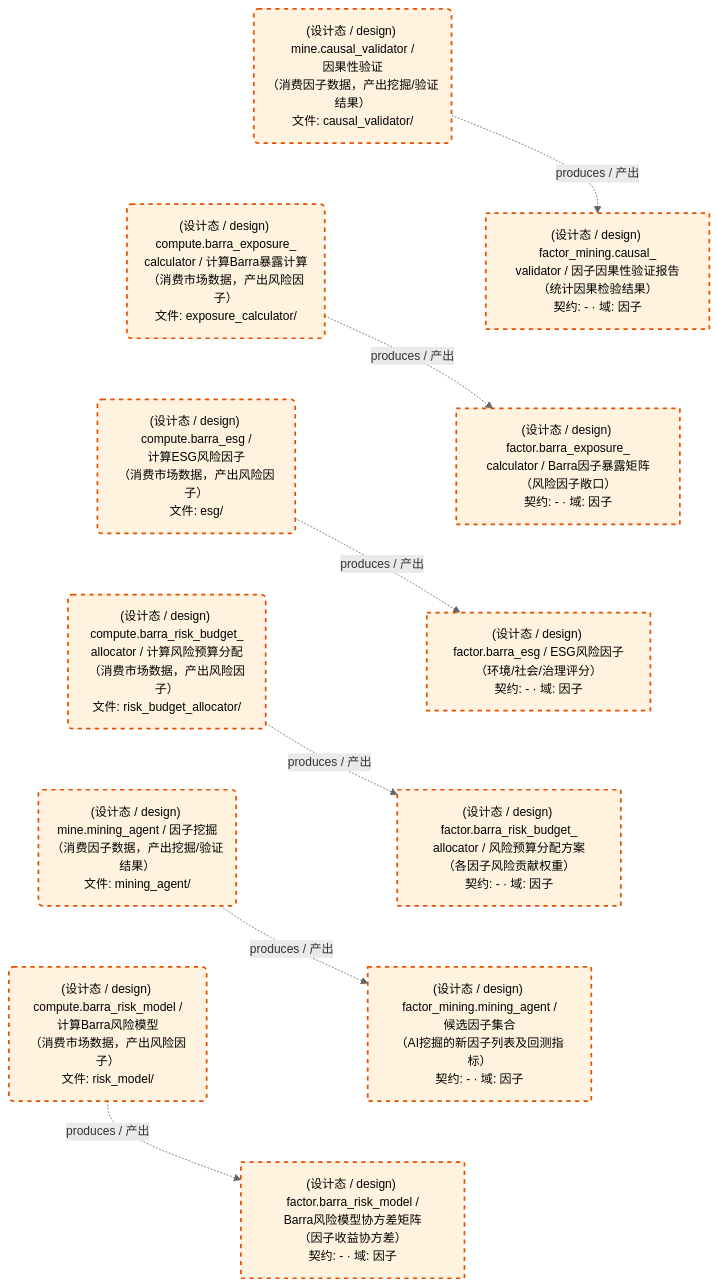
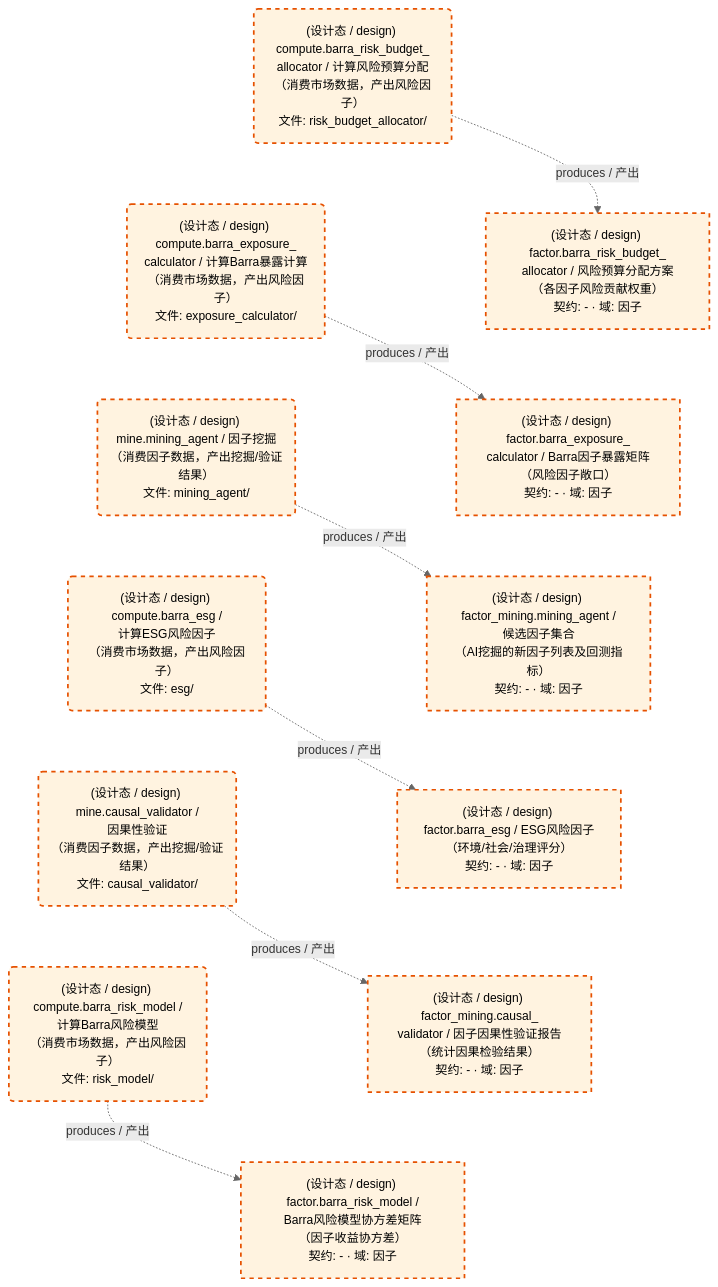
The first of 2 diagrams in docs/02_enterprise_architecture/05_dataflow_architecture/d_factor_barra_mine.md (xuanFelixVan/ZephyrAlpha), drawn with Mermaid before and after one commit. The commit also changed other lines of this file and 173 other files, not shown here.

````diff
--- a/docs/02_enterprise_architecture/05_dataflow_architecture/d_factor_barra_mine.md
+++ b/docs/02_enterprise_architecture/05_dataflow_architecture/d_factor_barra_mine.md
@@ -49,37 +49,37 @@
 ```mermaid
 %%{init: {'theme': 'base', 'themeVariables': {'primaryColor': '#eaeaea', 'primaryTextColor': '#333333', 'primaryBorderColor': '#666666', 'lineColor': '#666666', 'secondaryColor': '#eaeaea', 'tertiaryColor': '#eaeaea', 'clusterBkg': 'transparent', 'clusterBorder': 'transparent', 'fontSize': '14px'}}}%%
 flowchart TD
     DS11239["(设计态 / design) factor.barra_esg / ESG风险因子<br/>（环境/社会/治理评分）<br/>契约: - · 域: 因子"]
     DS11240["(设计态 / design) factor.barra_exposure_<br/>calculator / Barra因子暴露矩阵<br/>（风险因子敞口）<br/>契约: - · 域: 因子"]
     DS11241["(设计态 / design) factor.barra_risk_budget_<br/>allocator / 风险预算分配方案<br/>（各因子风险贡献权重）<br/>契约: - · 域: 因子"]
     DS11242["(设计态 / design) factor.barra_risk_model /<br/>Barra风险模型协方差矩阵<br/>（因子收益协方差）<br/>契约: - · 域: 因子"]
     DS11243["(设计态 / design) factor_mining.causal_<br/>validator / 因子因果性验证报告<br/>（统计因果检验结果）<br/>契约: - · 域: 因子"]
     DS11244["(设计态 / design) factor_mining.mining_agent /<br/>候选因子集合<br/>（AI挖掘的新因子列表及回测指标）<br/>契约: - · 域: 因子"]
     JOB757603("(设计态 / design) compute.barra_esg /<br/>计算ESG风险因子<br/>（消费市场数据，产出风险因子）<br/>文件: esg/")
     JOB757604("(设计态 / design) compute.barra_exposure_<br/>calculator / 计算Barra暴露计算<br/>（消费市场数据，产出风险因子）<br/>文件: exposure_calculator/")
     JOB757605("(设计态 / design) compute.barra_risk_budget_<br/>allocator / 计算风险预算分配<br/>（消费市场数据，产出风险因子）<br/>文件: risk_budget_allocator/")
     JOB757606("(设计态 / design) compute.barra_risk_model /<br/>计算Barra风险模型<br/>（消费市场数据，产出风险因子）<br/>文件: risk_model/")
     JOB757607("(设计态 / design) mine.causal_validator /<br/>因果性验证<br/>（消费因子数据，产出挖掘/验证结果）<br/>文件: causal_validator/")
     JOB757608("(设计态 / design) mine.mining_agent / 因子挖掘<br/>（消费因子数据，产出挖掘/验证结果）<br/>文件: mining_agent/")
     JOB757603 -.->|produces / 产出| DS11239
     JOB757604 -.->|produces / 产出| DS11240
     JOB757605 -.->|produces / 产出| DS11241
     JOB757606 -.->|produces / 产出| DS11242
     JOB757607 -.->|produces / 产出| DS11243
     JOB757608 -.->|produces / 产出| DS11244
-    JOB757607 ~~~ JOB757604
-    JOB757604 ~~~ JOB757603
-    JOB757603 ~~~ JOB757605
-    JOB757605 ~~~ JOB757608
-    JOB757608 ~~~ JOB757606
-    DS11243 ~~~ DS11240
-    DS11240 ~~~ DS11239
-    DS11239 ~~~ DS11241
-    DS11241 ~~~ DS11244
-    DS11244 ~~~ DS11242
+    JOB757605 ~~~ JOB757604
+    JOB757604 ~~~ JOB757608
+    JOB757608 ~~~ JOB757603
+    JOB757603 ~~~ JOB757607
+    JOB757607 ~~~ JOB757606
+    DS11241 ~~~ DS11240
+    DS11240 ~~~ DS11244
+    DS11244 ~~~ DS11239
+    DS11239 ~~~ DS11243
+    DS11243 ~~~ DS11242
     classDef production fill:#e1f5fe,stroke:#01579b,stroke-width:2px,color:#000
     classDef design fill:#fff3e0,stroke:#e65100,stroke-width:2px,color:#000,stroke-dasharray: 5 5
     classDef external_prod fill:#e8f4fd,stroke:#0277bd,stroke-width:1px,color:#000
     classDef external_design fill:#fff8e7,stroke:#ef6c00,stroke-width:1px,color:#000,stroke-dasharray: 5 5
     class DS11239,DS11240,DS11241,DS11242,DS11243,DS11244,JOB757603,JOB757604,JOB757605,JOB757606,JOB757607,JOB757608 design
 ```
````
